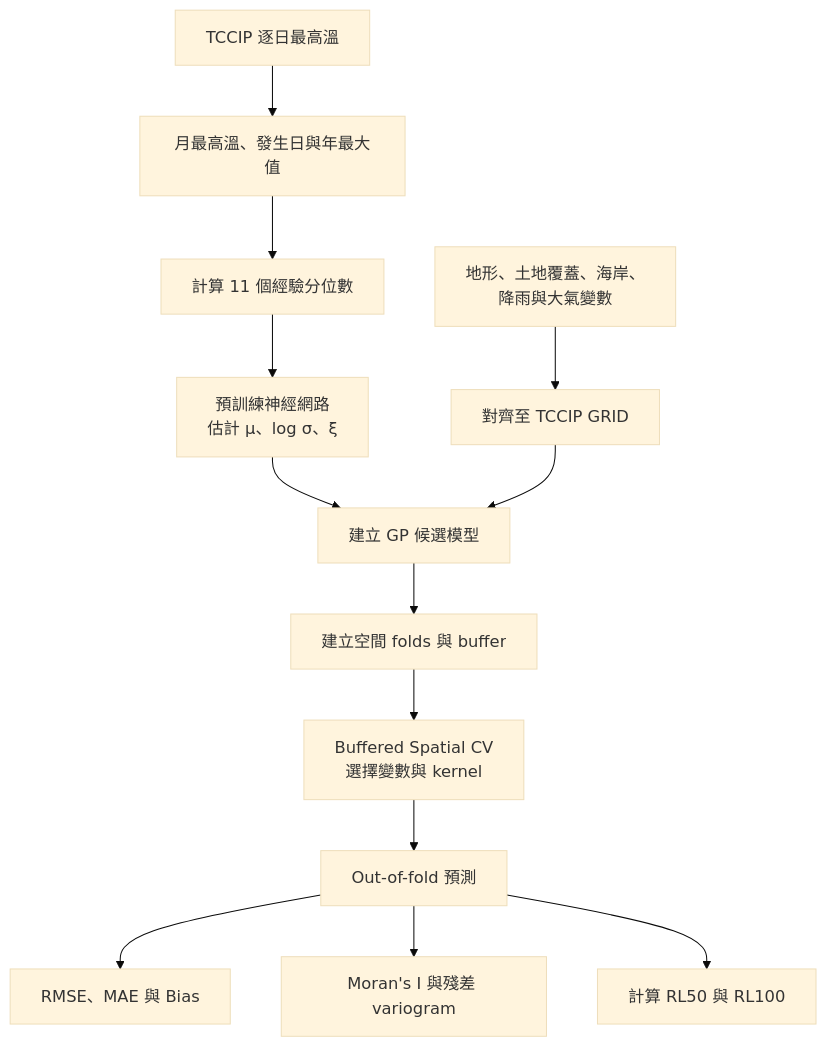
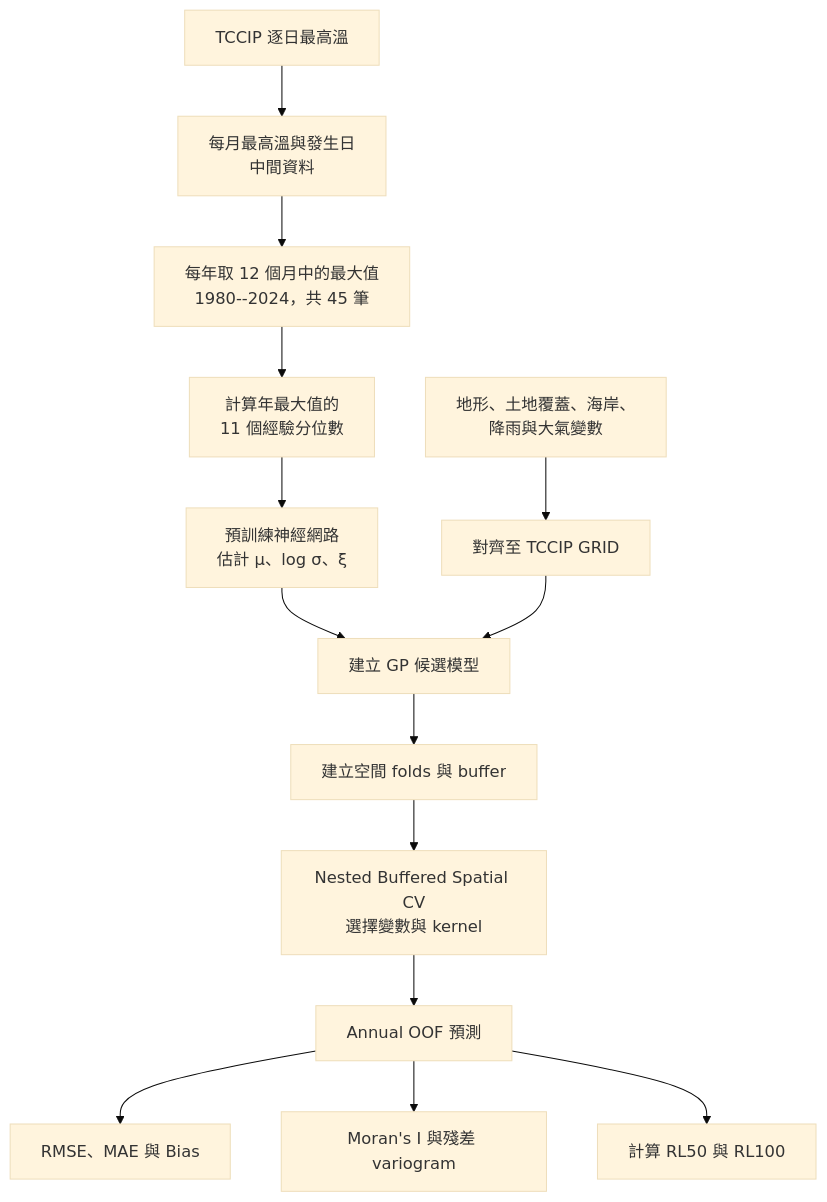
One commit to shu-ming0808/gev-use-nn changed the diagram in README.md. Above: the diagram before and after it, drawn with Mermaid (base theme). The commit also changed other lines of this file and 6 other files, not shown here.

````diff
--- a/README.md
+++ b/README.md
@@ -9,18 +9,19 @@
 ```mermaid
 flowchart TD
-    A["TCCIP 逐日最高溫"] --> B["月最高溫、發生日與年最大值"]
-    B --> C["計算 11 個經驗分位數"]
-    C --> D["預訓練神經網路<br/>估計 μ、log σ、ξ"]
+    A["TCCIP 逐日最高溫"] --> B["每月最高溫與發生日<br/>中間資料"]
+    B --> C["每年取 12 個月中的最大值<br/>1980--2024，共 45 筆"]
+    C --> D["計算年最大值的<br/>11 個經驗分位數"]
+    D --> E["預訓練神經網路<br/>估計 μ、log σ、ξ"]
 
-    E["地形、土地覆蓋、海岸、<br/>降雨與大氣變數"] --> F["對齊至 TCCIP GRID"]
+    F["地形、土地覆蓋、海岸、<br/>降雨與大氣變數"] --> G["對齊至 TCCIP GRID"]
 
-    D --> G["建立 GP 候選模型"]
-    F --> G
-    G --> H["建立空間 folds 與 buffer"]
-    H --> I["Buffered Spatial CV<br/>選擇變數與 kernel"]
-    I --> J["Out-of-fold 預測"]
+    E --> H["建立 GP 候選模型"]
+    G --> H
+    H --> I["建立空間 folds 與 buffer"]
+    I --> J["Nested Buffered Spatial CV<br/>選擇變數與 kernel"]
+    J --> K["Annual OOF 預測"]
 
-    J --> K["RMSE、MAE 與 Bias"]
-    J --> L["Moran's I 與殘差 variogram"]
-    J --> M["計算 RL50 與 RL100"]
+    K --> L["RMSE、MAE 與 Bias"]
+    K --> M["Moran's I 與殘差 variogram"]
+    K --> N["計算 RL50 與 RL100"]
 ```
````
